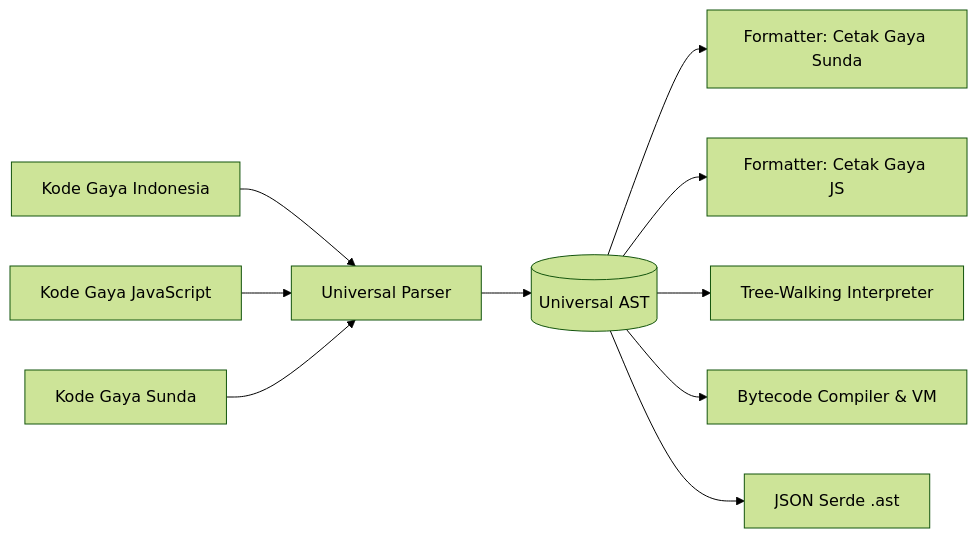
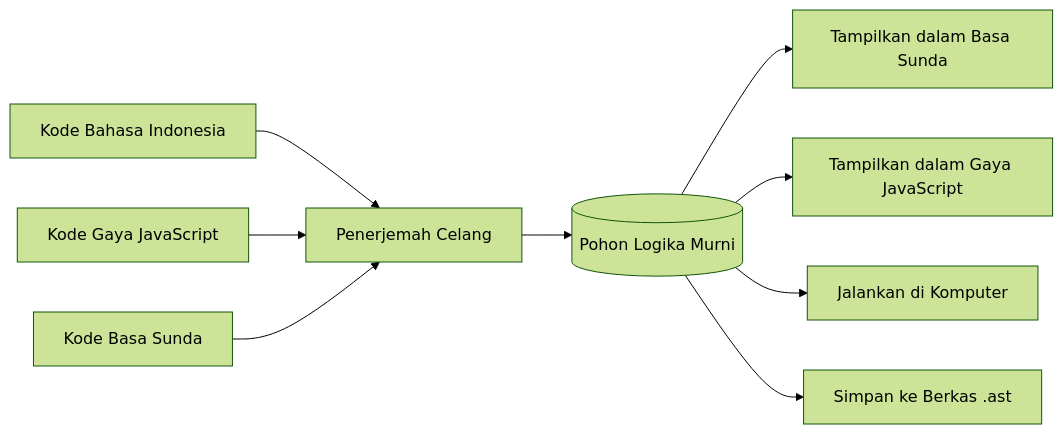
Before and after one commit to turtleion/Celang: the diagram in docs/arsitektur/uast.md, drawn with Mermaid (forest theme). The commit also changed other lines of this file and 39 other files, not shown here.

````diff
--- a/docs/arsitektur/uast.md
+++ b/docs/arsitektur/uast.md
@@ -15,14 +19,13 @@
 ```mermaid
 flowchart LR
-    ID[Kode Gaya Indonesia] --> P[Universal Parser]
+    ID[Kode Bahasa Indonesia] --> P[Penerjemah Celang]
     JS[Kode Gaya JavaScript] --> P
-    SU[Kode Gaya Sunda] --> P
+    SU[Kode Basa Sunda] --> P
     
-    P --> UAST[(Universal AST)]
+    P --> UAST[(Pohon Logika Murni)]
     
-    UAST --> F1[Formatter: Cetak Gaya Sunda]
-    UAST --> F2[Formatter: Cetak Gaya JS]
-    UAST --> INT[Tree-Walking Interpreter]
-    UAST --> COMP[Bytecode Compiler & VM]
-    UAST --> JSON[JSON Serde .ast]
+    UAST --> F1[Tampilkan dalam Basa Sunda]
+    UAST --> F2[Tampilkan dalam Gaya JavaScript]
+    UAST --> VM[Jalankan di Komputer]
+    UAST --> JSON[Simpan ke Berkas .ast]
 ```
````
